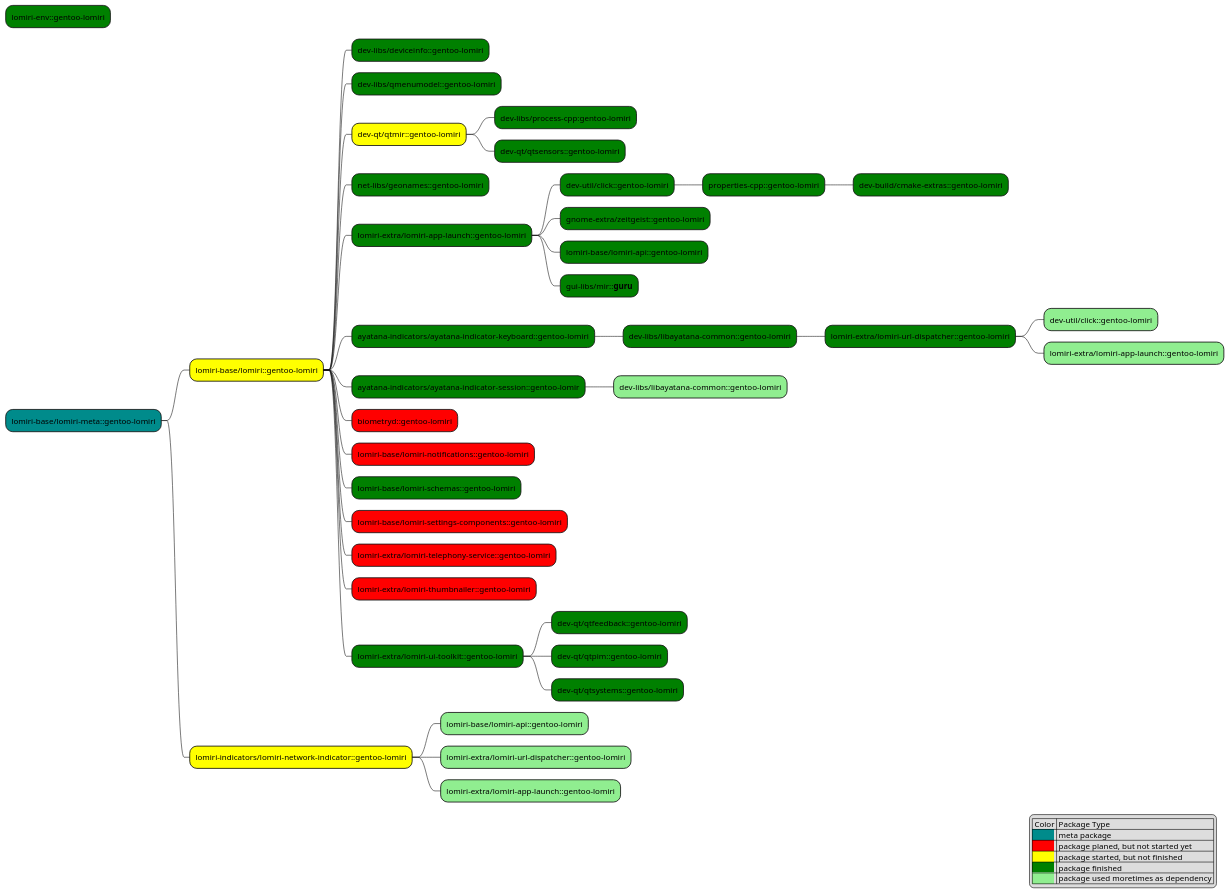
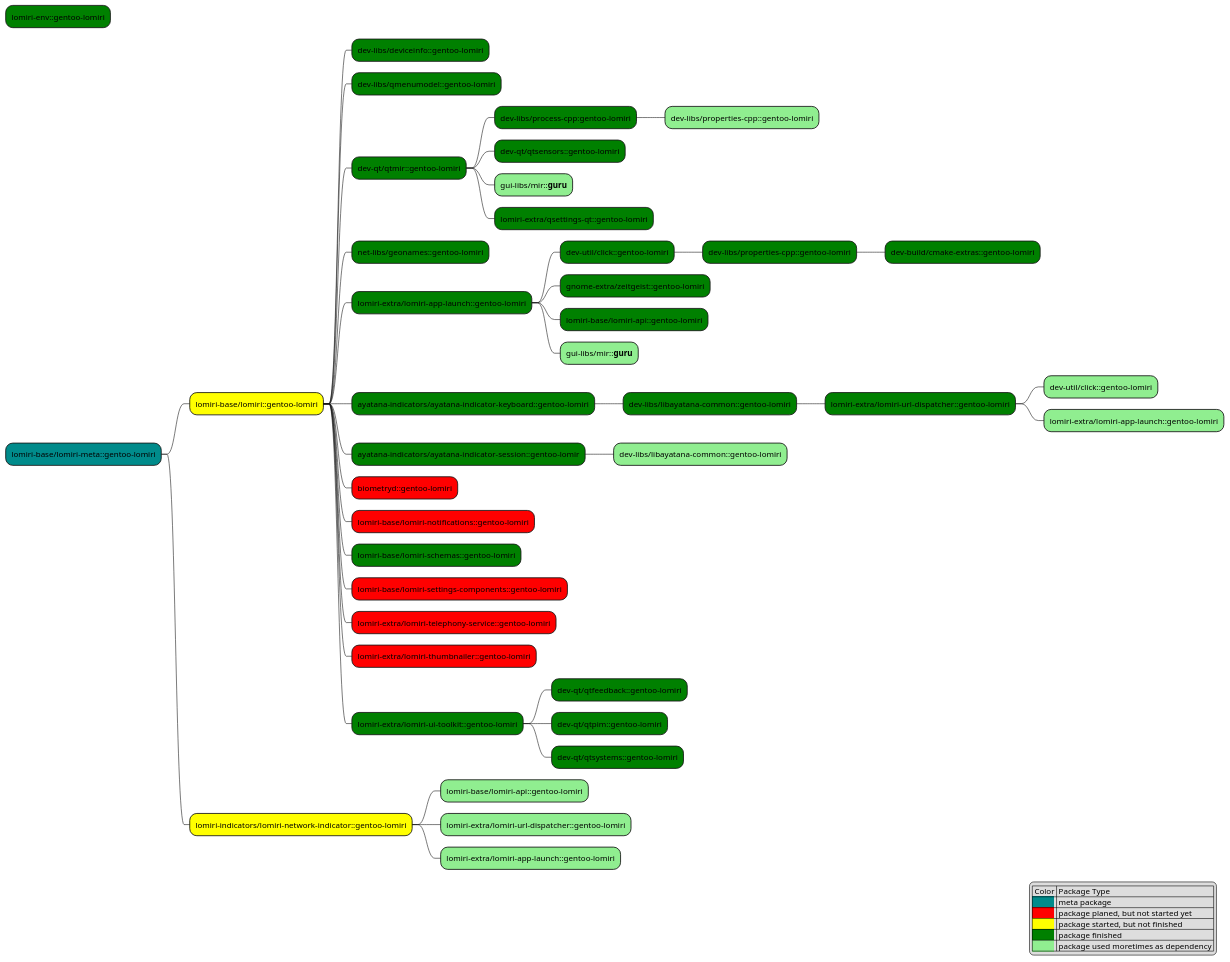
Before and after one commit to renegart/gentoo-lomiri: the diagram in docs/lomiri-packages.plantuml, drawn with PlantUML. The commit also changed 7 other files, not shown here.

Commit message:
dev-qt/qtmir: added package

```diff
--- a/docs/lomiri-packages.plantuml
+++ b/docs/lomiri-packages.plantuml
@@ -1,49 +1,52 @@
 @startmindmap package dependencies
 legend right
     | Color | Package Type |
     |<back:DarkCyan>          </back>| meta package|
     |<back:red>          </back>| package planed, but not started yet|
     |<back:yellow>          </back>| package started, but not finished|
     |<back:green>          </back>| package finished|
     |<back:lightgreen>          </back>| package used moretimes as dependency |
 endlegend
 
 *[#green] lomiri-env::gentoo-lomiri
 *[#DarkCyan] lomiri-base/lomiri-meta::gentoo-lomiri
   *[#yellow] lomiri-base/lomiri::gentoo-lomiri
     *[#green] dev-libs/deviceinfo::gentoo-lomiri
     *[#green] dev-libs/qmenumodel::gentoo-lomiri
-    *[#yellow] dev-qt/qtmir::gentoo-lomiri
+    *[#green] dev-qt/qtmir::gentoo-lomiri
       *[#green] dev-libs/process-cpp:gentoo-lomiri
+        *[#lightgreen] dev-libs/properties-cpp::gentoo-lomiri
       *[#green] dev-qt/qtsensors::gentoo-lomiri
+      *[#lightgreen] gui-libs/mir::**guru**
+      *[#green] lomiri-extra/qsettings-qt::gentoo-lomiri
     *[#green] net-libs/geonames::gentoo-lomiri
     *[#green] lomiri-extra/lomiri-app-launch::gentoo-lomiri
       *[#green] dev-util/click::gentoo-lomiri
-        *[#green] properties-cpp::gentoo-lomiri
+        *[#green] dev-libs/properties-cpp::gentoo-lomiri
           *[#green] dev-build/cmake-extras::gentoo-lomiri
       *[#green] gnome-extra/zeitgeist::gentoo-lomiri
       *[#green] lomiri-base/lomiri-api::gentoo-lomiri
-      *[#green] gui-libs/mir::**guru**
+      *[#lightgreen] gui-libs/mir::**guru**
     *[#green] ayatana-indicators/ayatana-indicator-keyboard::gentoo-lomiri
       *[#green] dev-libs/libayatana-common::gentoo-lomiri
         *[#green] lomiri-extra/lomiri-url-dispatcher::gentoo-lomiri
           *[#lightgreen] dev-util/click::gentoo-lomiri
           *[#lightgreen] lomiri-extra/lomiri-app-launch::gentoo-lomiri
     *[#green] ayatana-indicators/ayatana-indicator-session::gentoo-lomir
       *[#lightgreen] dev-libs/libayatana-common::gentoo-lomiri
     *[#red] biometryd::gentoo-lomiri
     *[#red] lomiri-base/lomiri-notifications::gentoo-lomiri
     *[#green] lomiri-base/lomiri-schemas::gentoo-lomiri
     *[#red] lomiri-base/lomiri-settings-components::gentoo-lomiri
     *[#red] lomiri-extra/lomiri-telephony-service::gentoo-lomiri
     *[#red] lomiri-extra/lomiri-thumbnailer::gentoo-lomiri
     *[#green] lomiri-extra/lomiri-ui-toolkit::gentoo-lomiri
       *[#green] dev-qt/qtfeedback::gentoo-lomiri
       *[#green] dev-qt/qtpim::gentoo-lomiri
       *[#green] dev-qt/qtsystems::gentoo-lomiri
   *[#yellow] lomiri-indicators/lomiri-network-indicator::gentoo-lomiri
     *[#lightgreen] lomiri-base/lomiri-api::gentoo-lomiri
     *[#lightgreen] lomiri-extra/lomiri-url-dispatcher::gentoo-lomiri
     *[#lightgreen] lomiri-extra/lomiri-app-launch::gentoo-lomiri
 
 @endmindmap
```
